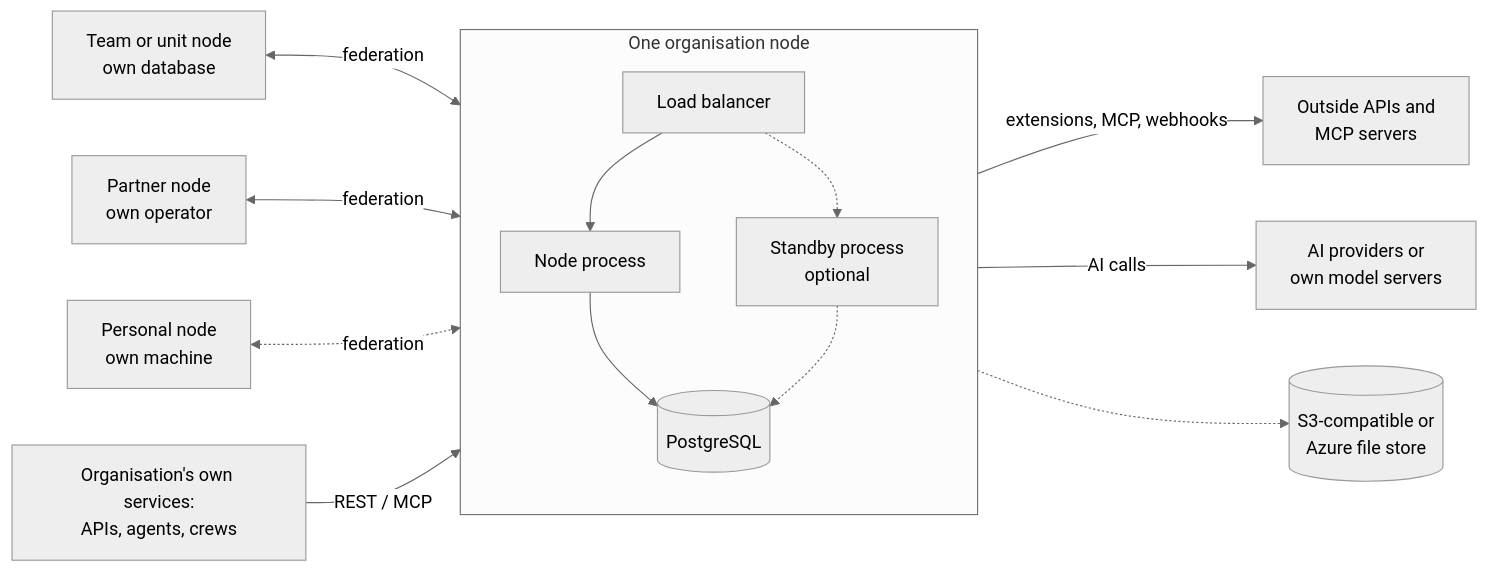
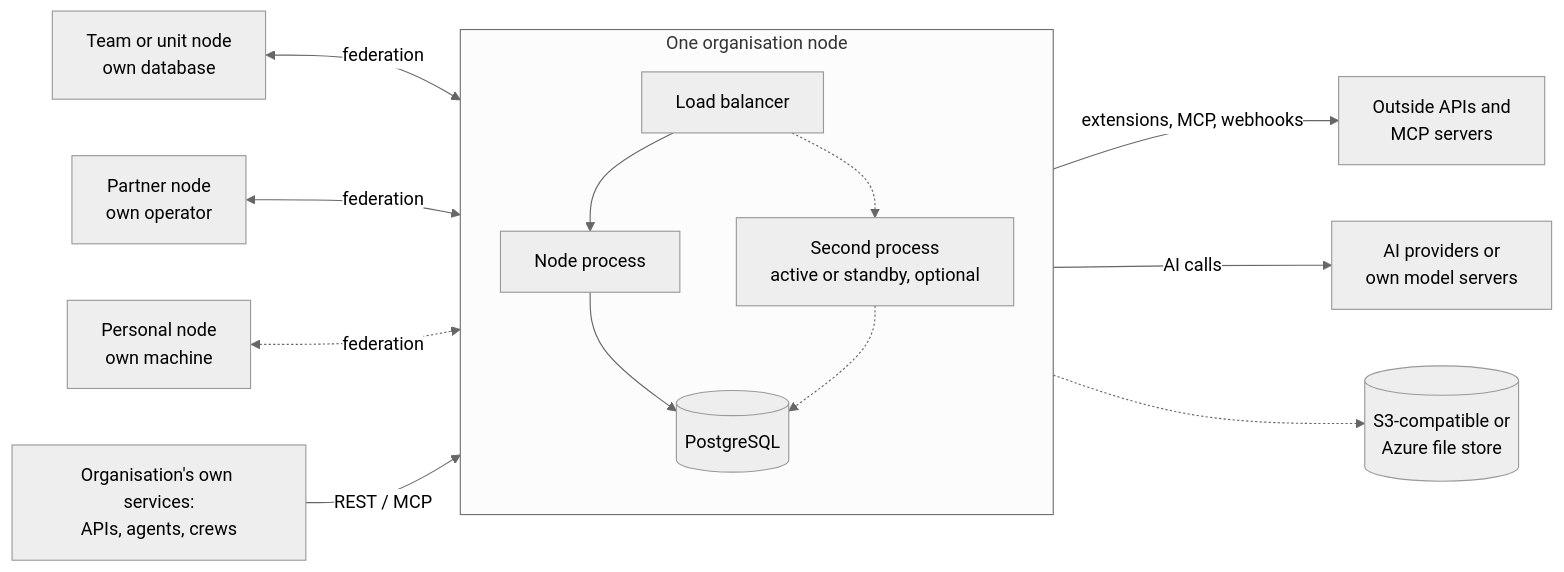
One commit to miikkij/aimeat-protocol changed the diagram in docs/it-adoption/18-scope-and-deployment-patterns.md. Above: the diagram before and after it, drawn with Mermaid (neutral theme). The commit also changed other lines of this file and 8 other files, not shown here.

````diff
--- a/docs/it-adoption/18-scope-and-deployment-patterns.md
+++ b/docs/it-adoption/18-scope-and-deployment-patterns.md
@@ -28,16 +28,16 @@
 ```mermaid
 flowchart LR
   subgraph A[One organisation node]
     LB[Load balancer] --> P1[Node process]
-    LB -.-> P2[Standby process<br/>optional]
+    LB -.-> P2[Second process<br/>active or standby, optional]
     P1 --> DB[(PostgreSQL)]
     P2 -.-> DB
   end
   T[Team or unit node<br/>own database] <-- federation --> A
   PN[Partner node<br/>own operator] <-- federation --> A
   L[Personal node<br/>own machine] <-. federation .-> A
   S[Organisation's own services:<br/>APIs, agents, crews] -- REST / MCP --> A
   A -- extensions, MCP, webhooks --> X[Outside APIs and<br/>MCP servers]
   A -- AI calls --> M[AI providers or<br/>own model servers]
   A -.-> F[(S3-compatible or<br/>Azure file store)]
 ```
````
